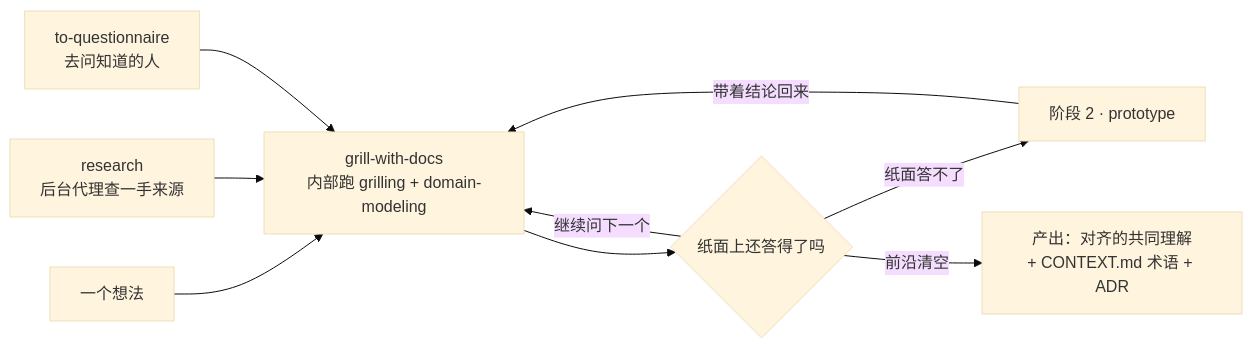
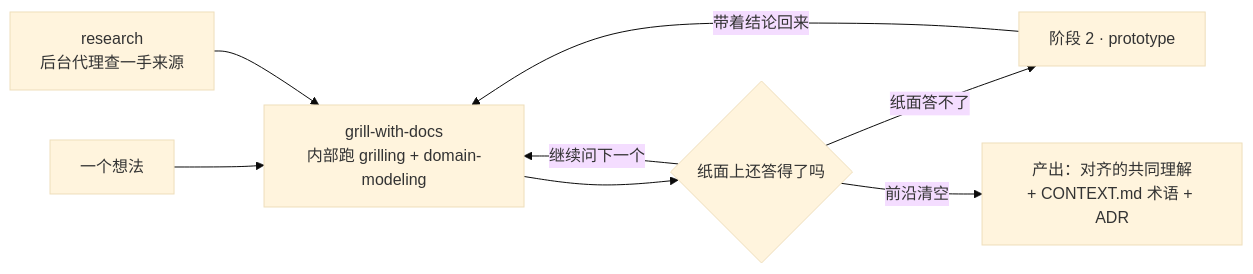
One commit to m430/skills changed the third of 8 diagrams in README.md. Above: the diagram before and after it, drawn with Mermaid (base theme). The commit also changed other lines of this file and 41 other files, not shown here.

````diff
--- a/README.md
+++ b/README.md
@@ -94,11 +94,10 @@
 ```mermaid
 flowchart LR
     I["一个想法"] --> G["grill-with-docs<br/>内部跑 grilling + domain-modeling"]
     R["research<br/>后台代理查一手来源"] --> G
-    TQ["to-questionnaire<br/>去问知道的人"] --> G
     G --> Q{"纸面上还答得了吗"}
     Q -->|继续问下一个| G
     Q -->|纸面答不了| P["阶段 2 · prototype"]
     P -->|带着结论回来| G
     Q -->|前沿清空| O["产出：对齐的共同理解<br/>+ CONTEXT.md 术语 + ADR"]
 ```
````
